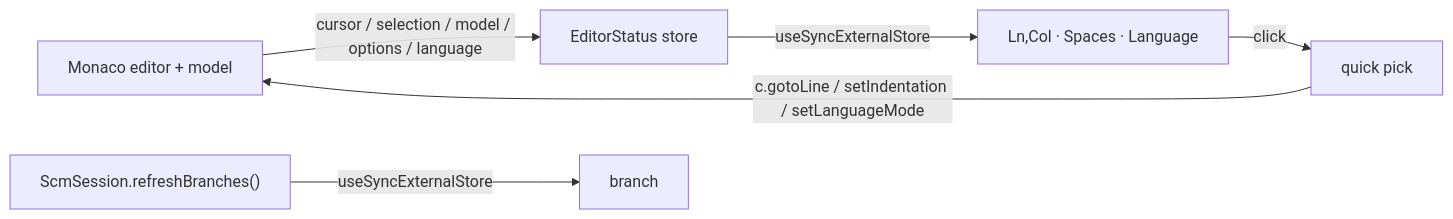
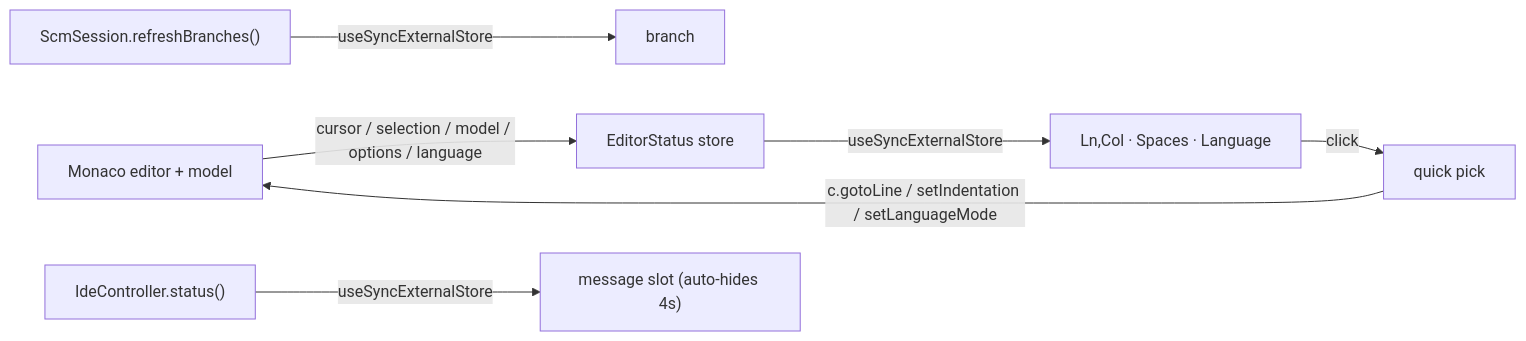
One commit to maitrungduc1410/vivari changed the fourth of 4 diagrams in ARCHITECTURE.md. Above: the diagram before and after it, drawn with Mermaid. The commit also changed other lines of this file and 6 other files, not shown here.

````diff
--- a/ARCHITECTURE.md
+++ b/ARCHITECTURE.md
@@ -896,8 +896,9 @@
 ```mermaid
 flowchart LR
   Monaco["Monaco editor + model"] -->|"cursor / selection / model / options / language"| ES["EditorStatus store"]
   ES -->|"useSyncExternalStore"| Right["Ln,Col · Spaces · Language"]
   SCM["ScmSession.refreshBranches()"] -->|"useSyncExternalStore"| Left["branch"]
+  Ctrl["IdeController.status()"] -->|"useSyncExternalStore"| Msg["message slot (auto-hides 4s)"]
   Right -->|"click"| QP["quick pick"]
   QP -->|"c.gotoLine / setIndentation / setLanguageMode"| Monaco
 ```
````
